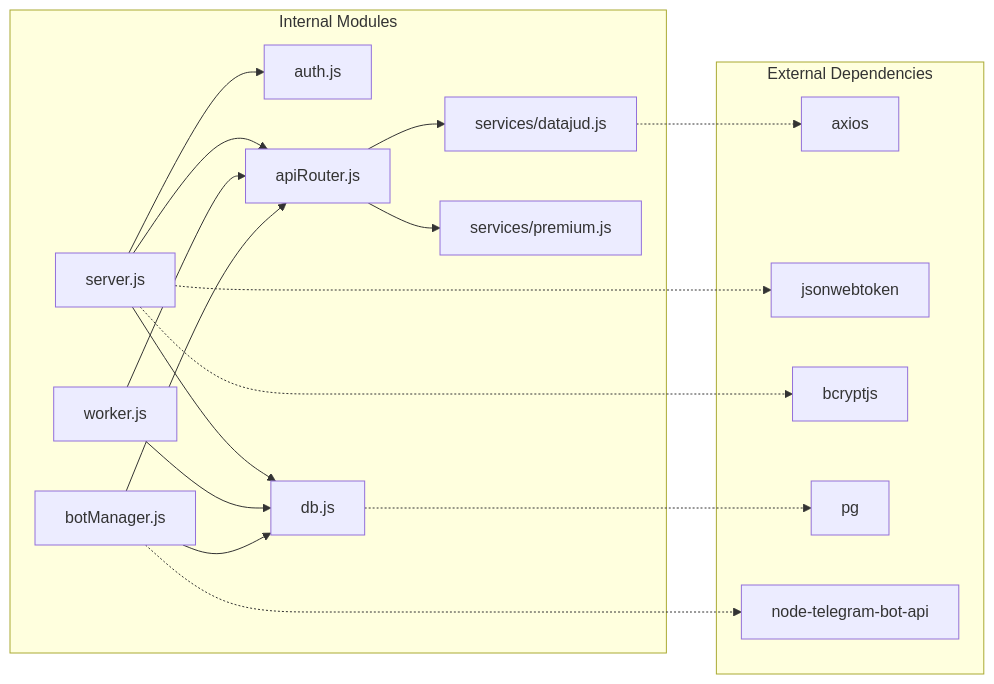
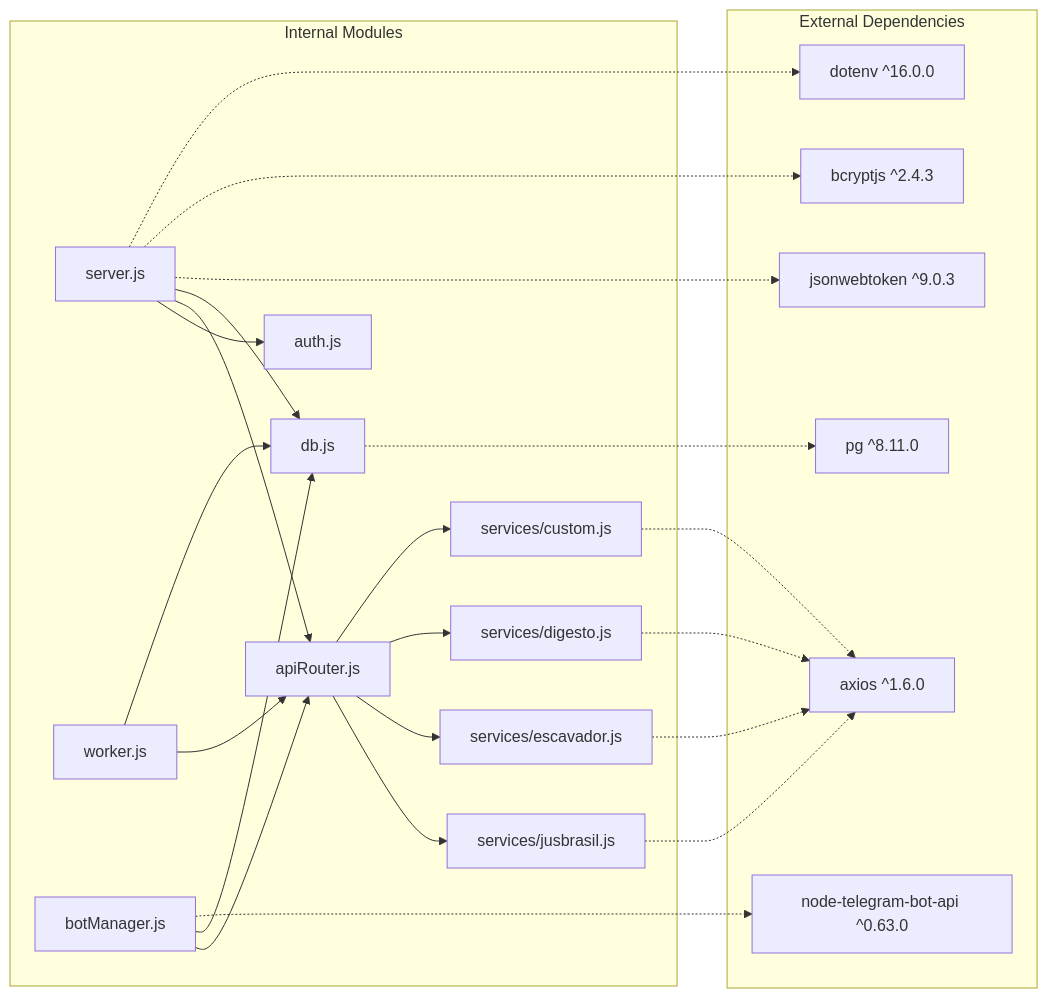
One commit to Alexandrexicara/bot-processos changed diagram 19 of 19 in .qoder/repowiki/en/content/API Integration Layer/Premium Paid Service Integration.md. Above: the diagram before and after it, drawn with Mermaid. The commit also changed other lines of this file and 10 other files, not shown here.

````diff
--- a/.qoder/repowiki/en/content/API Integration Layer/Premium Paid Service Integration.md
+++ b/.qoder/repowiki/en/content/API Integration Layer/Premium Paid Service Integration.md
@@ -314,34 +752,43 @@
 ```mermaid
 graph LR
 subgraph "External Dependencies"
-Axios["axios"]
-JWT["jsonwebtoken"]
-BCrypt["bcryptjs"]
-PG["pg"]
-Telegram["node-telegram-bot-api"]
+Axios["axios ^1.6.0"]
+JWT["jsonwebtoken ^9.0.3"]
+BCrypt["bcryptjs ^2.4.3"]
+PG["pg ^8.11.0"]
+Telegram["node-telegram-bot-api ^0.63.0"]
+Dotenv["dotenv ^16.0.0"]
 end
 subgraph "Internal Modules"
 Server["server.js"]
 Auth["auth.js"]
 Router["apiRouter.js"]
-DataJud["services/datajud.js"]
-Premium["services/premium.js"]
+Jusbrasil["services/jusbrasil.js"]
+Escavador["services/escavador.js"]
+Digesto["services/digesto.js"]
+Custom["services/custom.js"]
 Worker["worker.js"]
 BotMgr["botManager.js"]
 DB["db.js"]
 end
 Server --> Auth
 Server --> Router
-Router --> DataJud
-Router --> Premium
+Router --> Jusbrasil
+Router --> Escavador
+Router --> Digesto
+Router --> Custom
 Worker --> Router
 BotMgr --> Router
 Server --> DB
 Worker --> DB
 BotMgr --> DB
-DataJud -.-> Axios
+Jusbrasil -.-> Axios
+Escavador -.-> Axios
+Digesto -.-> Axios
+Custom -.-> Axios
 Server -.-> JWT
 Server -.-> BCrypt
 DB -.-> PG
 BotMgr -.-> Telegram
+Server -.-> Dotenv
 ```
````
